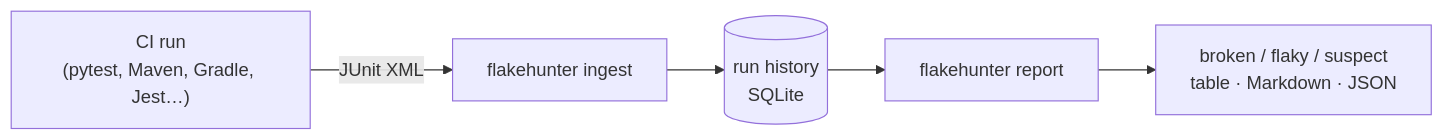
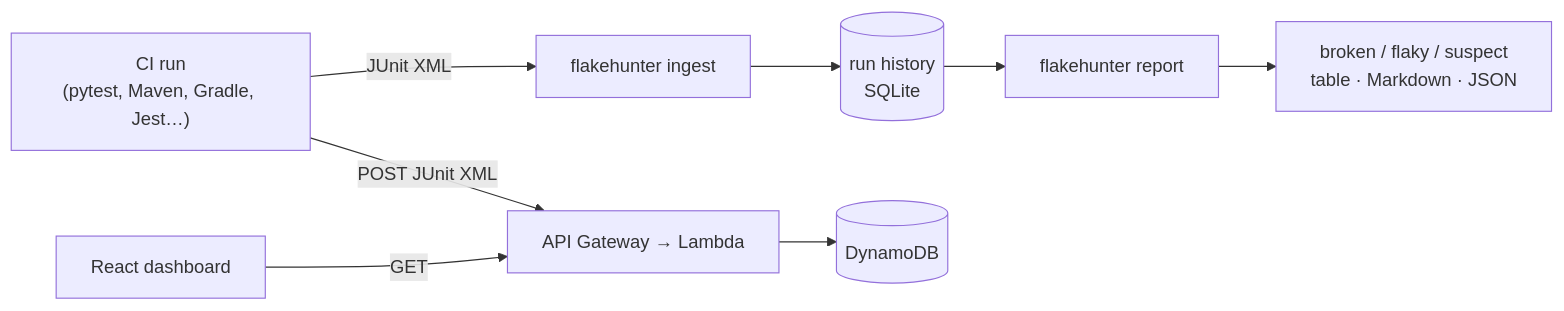
One commit to eswar-varun/flakehunter changed the diagram in README.md. Above: the diagram before and after it, drawn with Mermaid. The commit also changed other lines of this file and 3 other files, not shown here.

````diff
--- a/README.md
+++ b/README.md
@@ -18,7 +19,10 @@
 ```mermaid
 flowchart LR
     CI["CI run<br/>(pytest, Maven, Gradle, Jest…)"] -->|JUnit XML| I["flakehunter ingest"]
     I --> H[("run history<br/>SQLite")]
     H --> A["flakehunter report"]
     A --> O["broken / flaky / suspect<br/>table · Markdown · JSON"]
+    CI -->|"POST JUnit XML"| API["API Gateway → Lambda"]
+    API --> DB[("DynamoDB")]
+    DASH["React dashboard"] -->|GET| API
 ```
````
